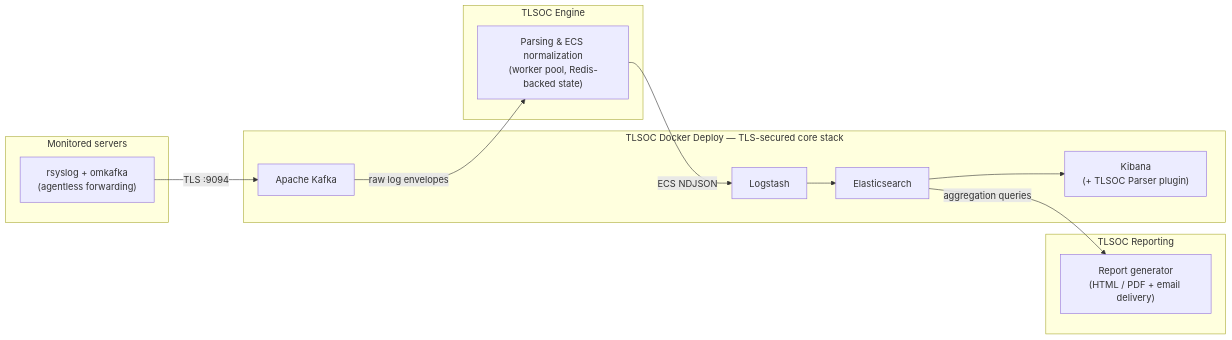
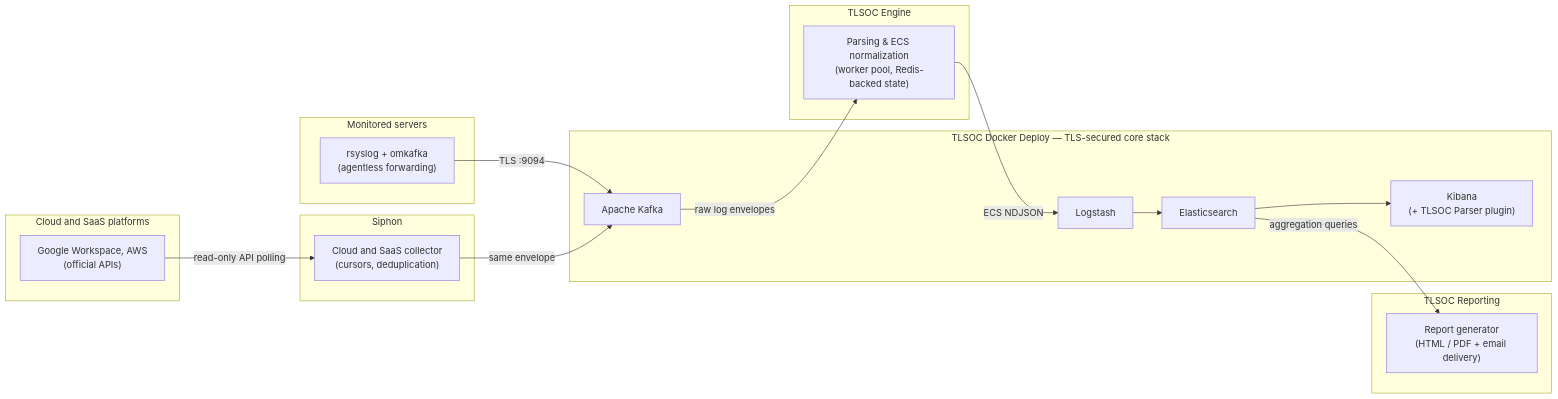
Before and after one commit to HelixY2J/Drishti: the diagram in README.md, drawn with Mermaid. The commit also changed other lines of this file, not shown here.

Commit message:
docs: updated readme, added siphon links

````diff
--- a/README.md
+++ b/README.md
@@ -137,28 +144,38 @@
 ```mermaid
 flowchart LR
     subgraph sources["Monitored servers"]
         RS["rsyslog + omkafka<br/>(agentless forwarding)"]
+    end
+
+    subgraph cloud["Cloud and SaaS platforms"]
+        API["Google Workspace, AWS<br/>(official APIs)"]
+    end
+
+    subgraph siphon["Siphon"]
+        SIP["Cloud and SaaS collector<br/>(cursors, deduplication)"]
     end
 
     subgraph deploy["TLSOC Docker Deploy — TLS-secured core stack"]
         K["Apache Kafka"]
         LS["Logstash"]
         ES["Elasticsearch"]
         KB["Kibana<br/>(+ TLSOC Parser plugin)"]
     end
 
     subgraph engine["TLSOC Engine"]
         ENG["Parsing & ECS normalization<br/>(worker pool, Redis-backed state)"]
     end
 
     subgraph reporting["TLSOC Reporting"]
         REP["Report generator<br/>(HTML / PDF + email delivery)"]
     end
 
     RS -- "TLS :9094" --> K
+    API -- "read-only API polling" --> SIP
+    SIP -- "same envelope" --> K
     K -- "raw log envelopes" --> ENG
     ENG -- "ECS NDJSON" --> LS
     LS --> ES
     ES --> KB
     ES -- "aggregation queries" --> REP
 ```
````
